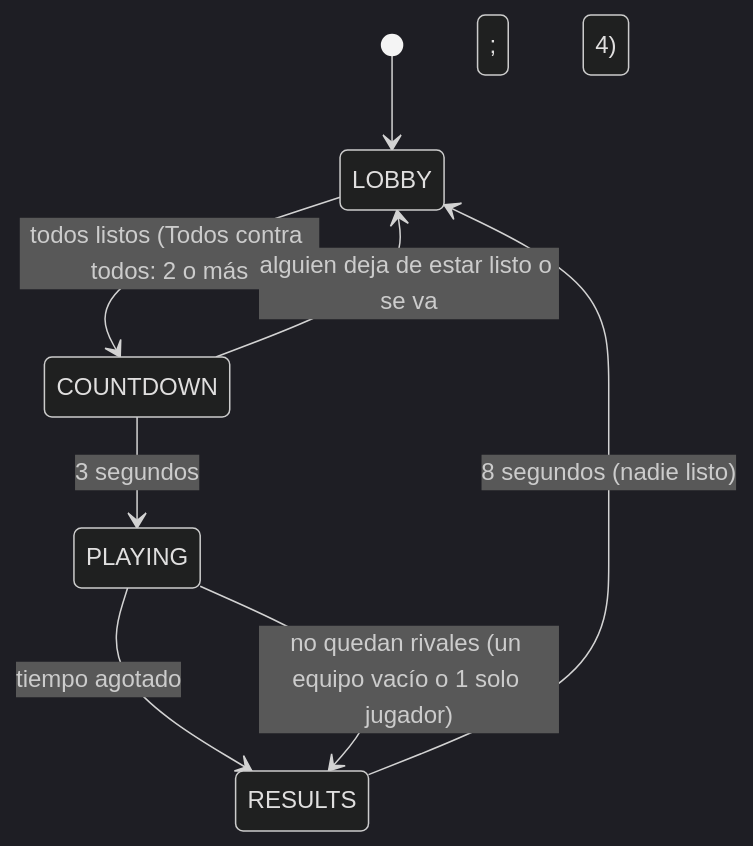
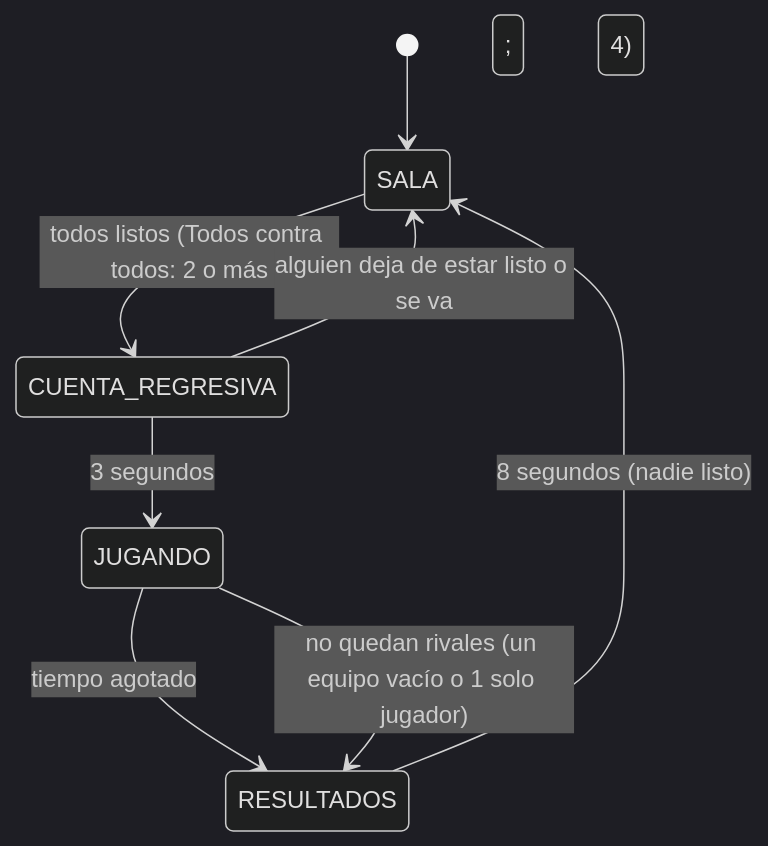
The third of 4 diagrams in docs/arquitectura-red.md (FacuScardaoni/OverZoneScardaoni), drawn with Mermaid (dark theme) before and after one commit. The commit also changed other lines of this file and 77 other files, not shown here.

````diff
--- a/docs/arquitectura-red.md
+++ b/docs/arquitectura-red.md
@@ -97,10 +97,10 @@
 ```mermaid
 stateDiagram-v2
-    [*] --> LOBBY
-    LOBBY --> COUNTDOWN : todos listos (Todos contra todos: 2 o más; Equipos: 4)
-    COUNTDOWN --> LOBBY : alguien deja de estar listo o se va
-    COUNTDOWN --> PLAYING : 3 segundos
-    PLAYING --> RESULTS : tiempo agotado
-    PLAYING --> RESULTS : no quedan rivales (un equipo vacío o 1 solo jugador)
-    RESULTS --> LOBBY : 8 segundos (nadie listo)
+    [*] --> SALA
+    SALA --> CUENTA_REGRESIVA : todos listos (Todos contra todos: 2 o más; Equipos: 4)
+    CUENTA_REGRESIVA --> SALA : alguien deja de estar listo o se va
+    CUENTA_REGRESIVA --> JUGANDO : 3 segundos
+    JUGANDO --> RESULTADOS : tiempo agotado
+    JUGANDO --> RESULTADOS : no quedan rivales (un equipo vacío o 1 solo jugador)
+    RESULTADOS --> SALA : 8 segundos (nadie listo)
 ```
````
